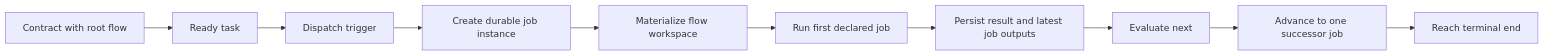
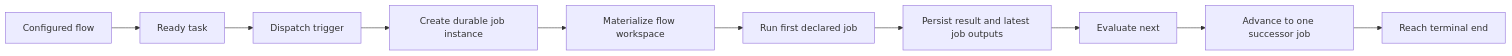
One commit to mantoni/pravaha changed the diagram in docs/reference/runtime/end-to-end-walkthrough.md. Above: the diagram before and after it, drawn with Mermaid. The commit also changed other lines of this file and 58 other files, not shown here.

````diff
--- a/docs/reference/runtime/end-to-end-walkthrough.md
+++ b/docs/reference/runtime/end-to-end-walkthrough.md
@@ -22,12 +22,12 @@
 ```mermaid
 graph LR
-  A["Contract with root flow"] --> B["Ready task"]
+  A["Configured flow"] --> B["Ready task"]
   B --> C["Dispatch trigger"]
   C --> D["Create durable job instance"]
   D --> E["Materialize flow workspace"]
   E --> F["Run first declared job"]
   F --> G["Persist result and latest job outputs"]
   G --> H["Evaluate next"]
   H --> I["Advance to one successor job"]
   I --> J["Reach terminal end"]
 ```
````
